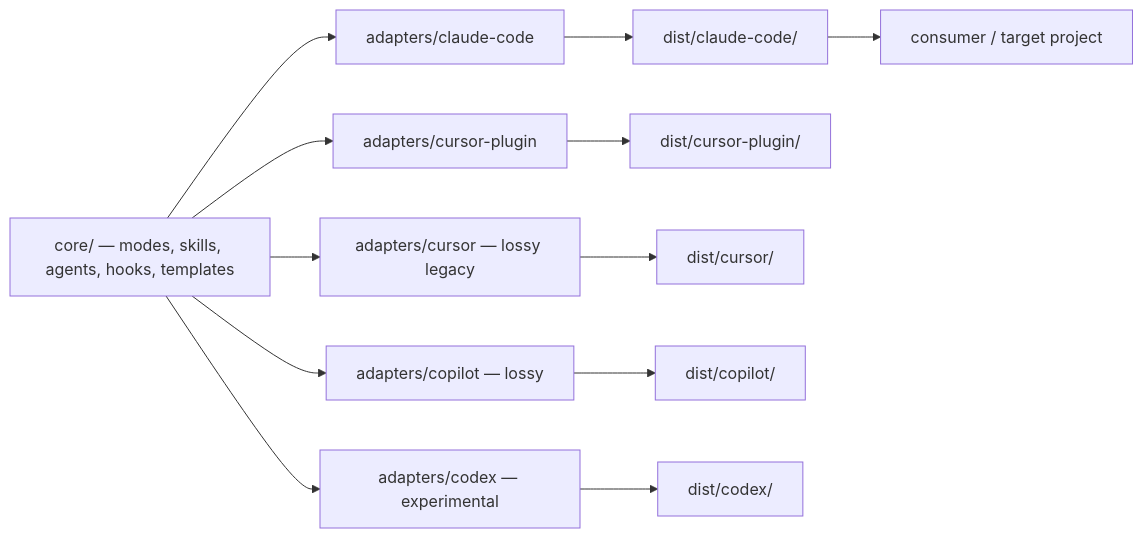
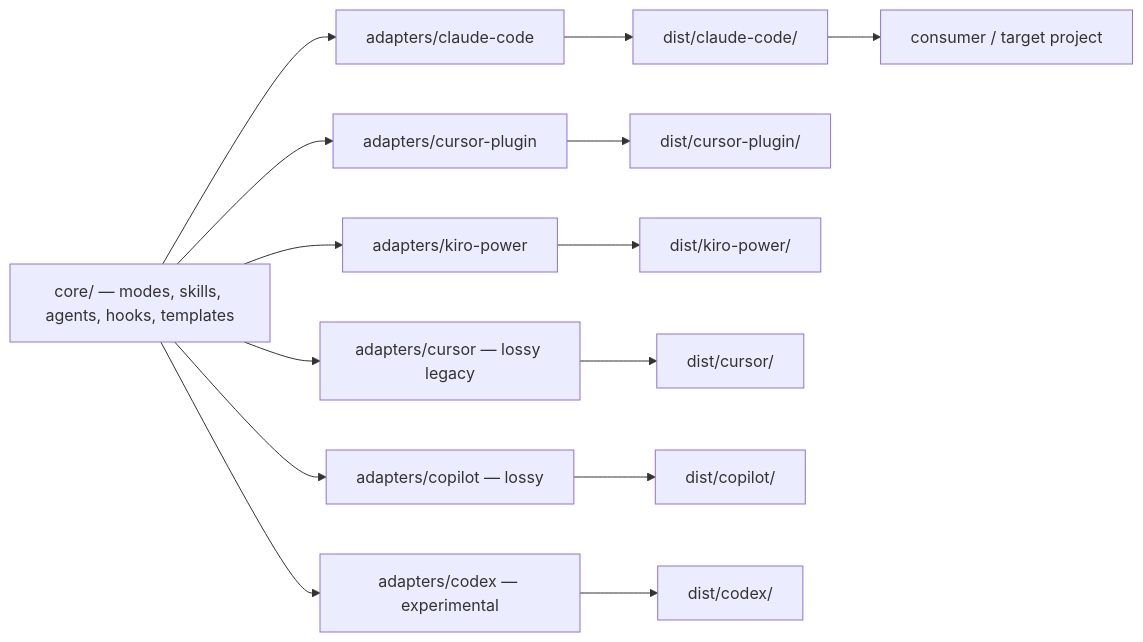
The diagram in CLAUDE.md (the-psi/pai-orbit), drawn with Mermaid before and after one commit. The commit also changed other lines of this file and 3 other files, not shown here.

First line of the commit message:
docs(arch): correct adapter parity records, add missing kiro-power

````diff
--- a/CLAUDE.md
+++ b/CLAUDE.md
@@ -70,14 +71,16 @@
 ```mermaid
 graph LR
     core[core/ — modes, skills, agents, hooks, templates] --> claudecode[adapters/claude-code]
     core --> cursorplugin[adapters/cursor-plugin]
+    core --> kiropower[adapters/kiro-power]
     core --> cursor[adapters/cursor — lossy legacy]
     core --> copilot[adapters/copilot — lossy]
     core --> codex[adapters/codex — experimental]
     claudecode --> distcc[dist/claude-code/]
     cursorplugin --> distcp[dist/cursor-plugin/]
+    kiropower --> distkp[dist/kiro-power/]
     cursor --> distc[dist/cursor/]
     copilot --> distco[dist/copilot/]
     codex --> distcx[dist/codex/]
     distcc --> consumer[consumer / target project]
 ```
````
